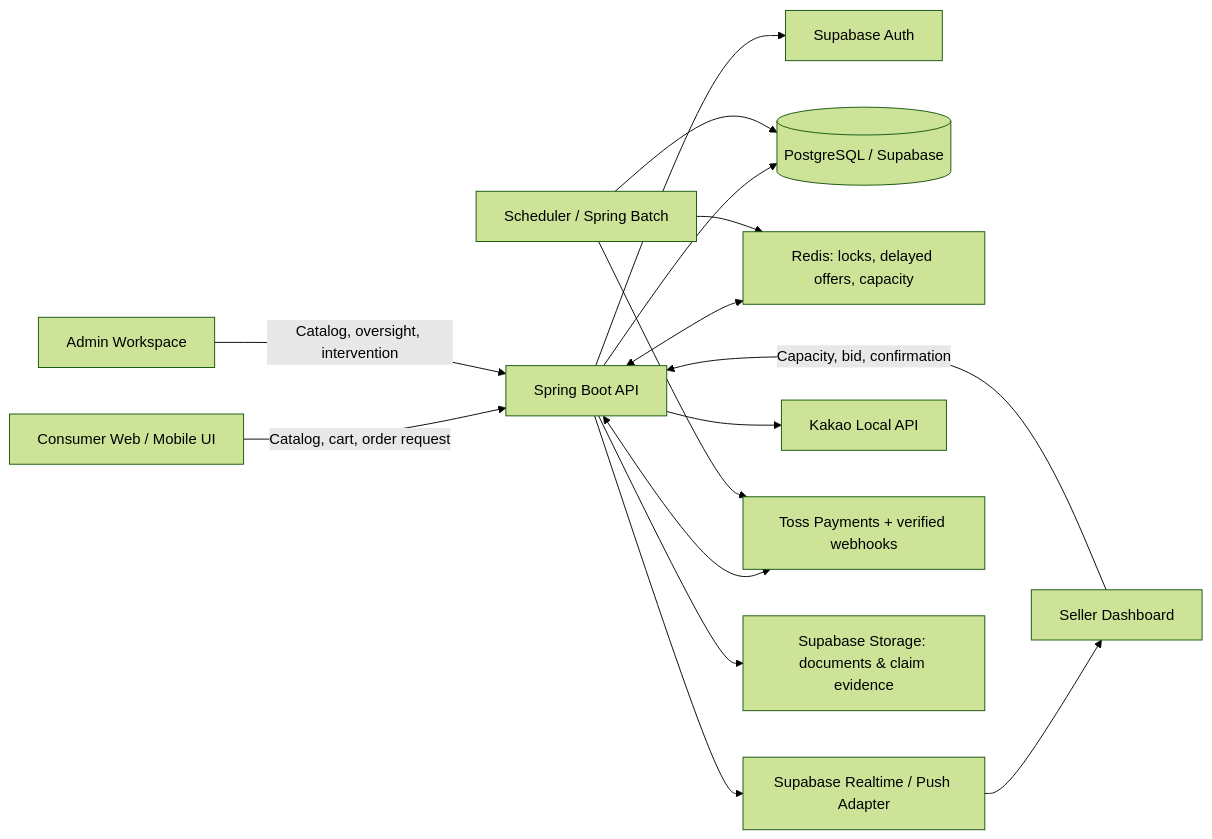
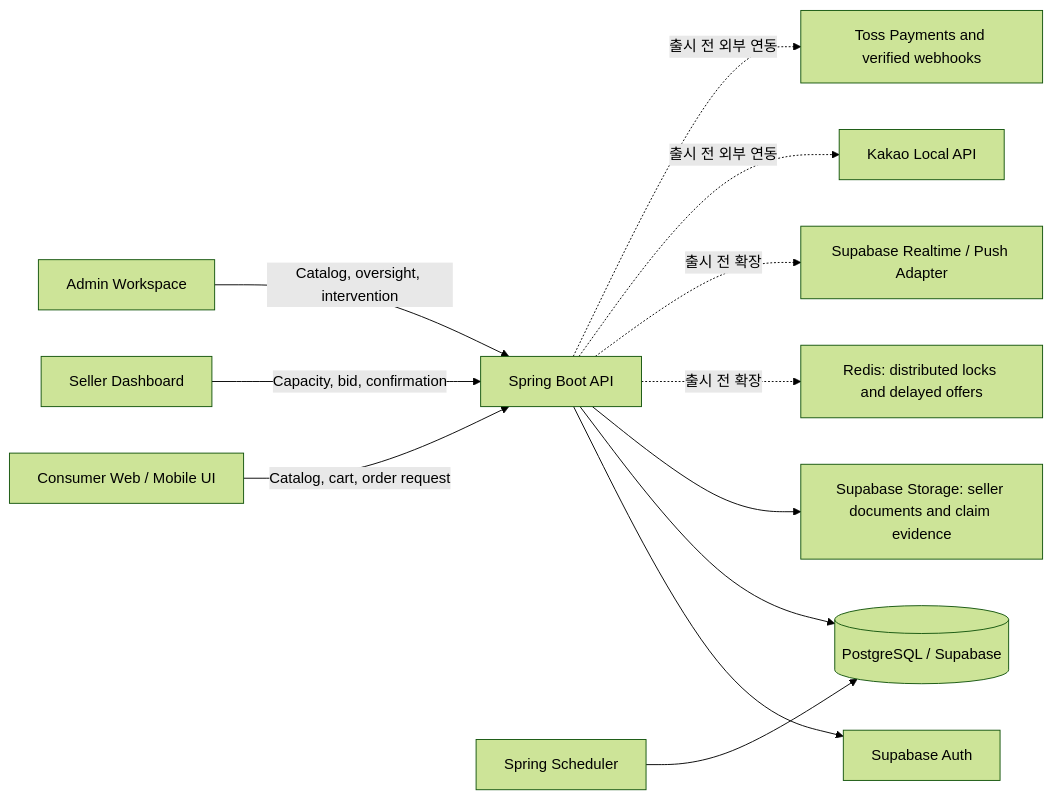
One commit to ldw6722-byte/Chulsoo-ya changed the diagram in README.ko.md. Above: the diagram before and after it, drawn with Mermaid (forest theme). The commit also changed other lines of this file and 143 other files, not shown here.

````diff
--- a/README.ko.md
+++ b/README.ko.md
@@ -131,19 +146,15 @@
 ```mermaid
 flowchart LR
     C[Consumer Web / Mobile UI] -->|Catalog, cart, order request| API[Spring Boot API]
     S[Seller Dashboard] -->|Capacity, bid, confirmation| API
     A[Admin Workspace] -->|Catalog, oversight, intervention| API
 
     API --> AUTH[Supabase Auth]
     API --> DB[(PostgreSQL / Supabase)]
-    API <--> REDIS[Redis: locks, delayed offers, capacity]
-    API --> RT[Supabase Realtime / Push Adapter]
-    RT --> S
-    API --> KAKAO[Kakao Local API]
-    API <--> TOSS[Toss Payments + verified webhooks]
-    API --> STORE[Supabase Storage: documents & claim evidence]
-
-    SCH[Scheduler / Spring Batch] --> DB
-    SCH --> REDIS
-    SCH --> TOSS
+    API --> STORE[Supabase Storage: seller documents and claim evidence]
+    SCH[Spring Scheduler] --> DB
+    API -. 출시 전 확장 .-> REDIS[Redis: distributed locks and delayed offers]
+    API -. 출시 전 확장 .-> RT[Supabase Realtime / Push Adapter]
+    API -. 출시 전 외부 연동 .-> KAKAO[Kakao Local API]
+    API -. 출시 전 외부 연동 .-> TOSS[Toss Payments and verified webhooks]
 ```
````
